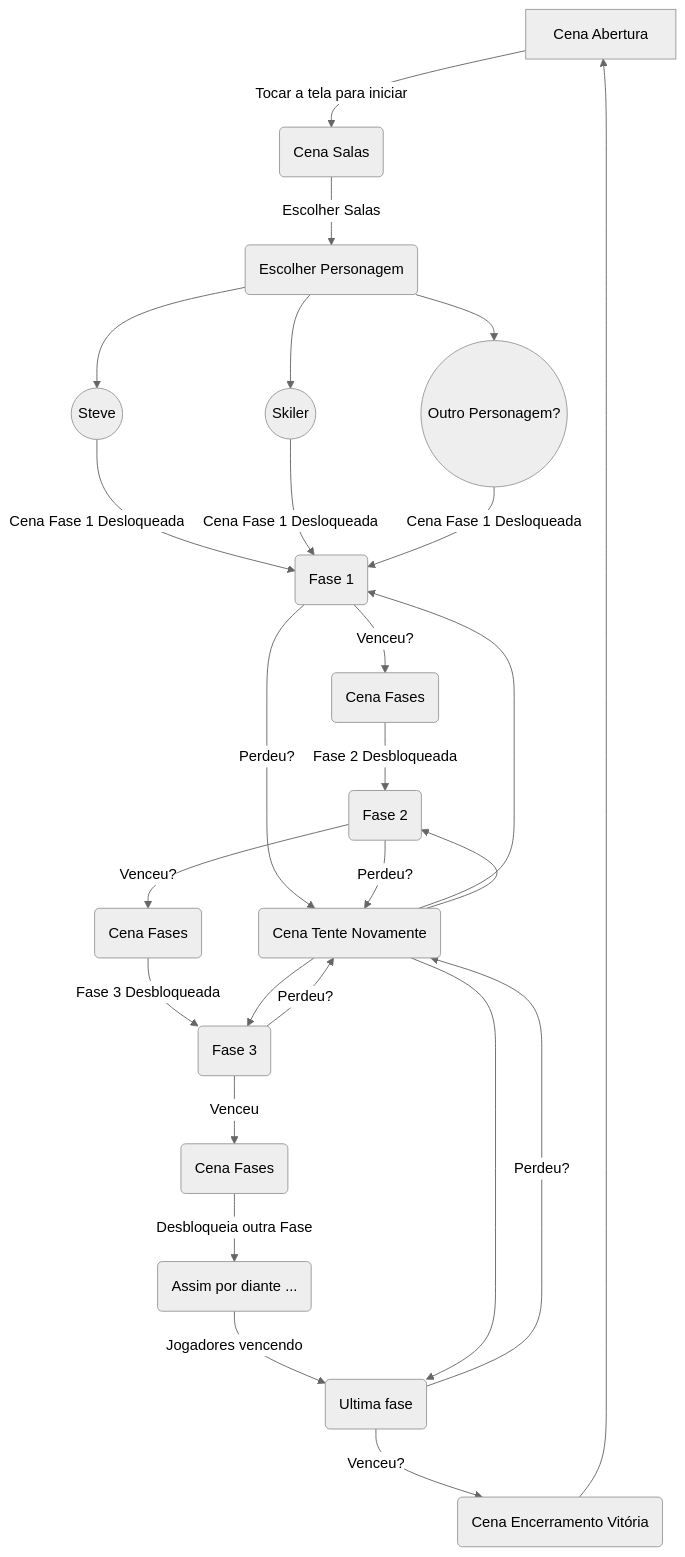
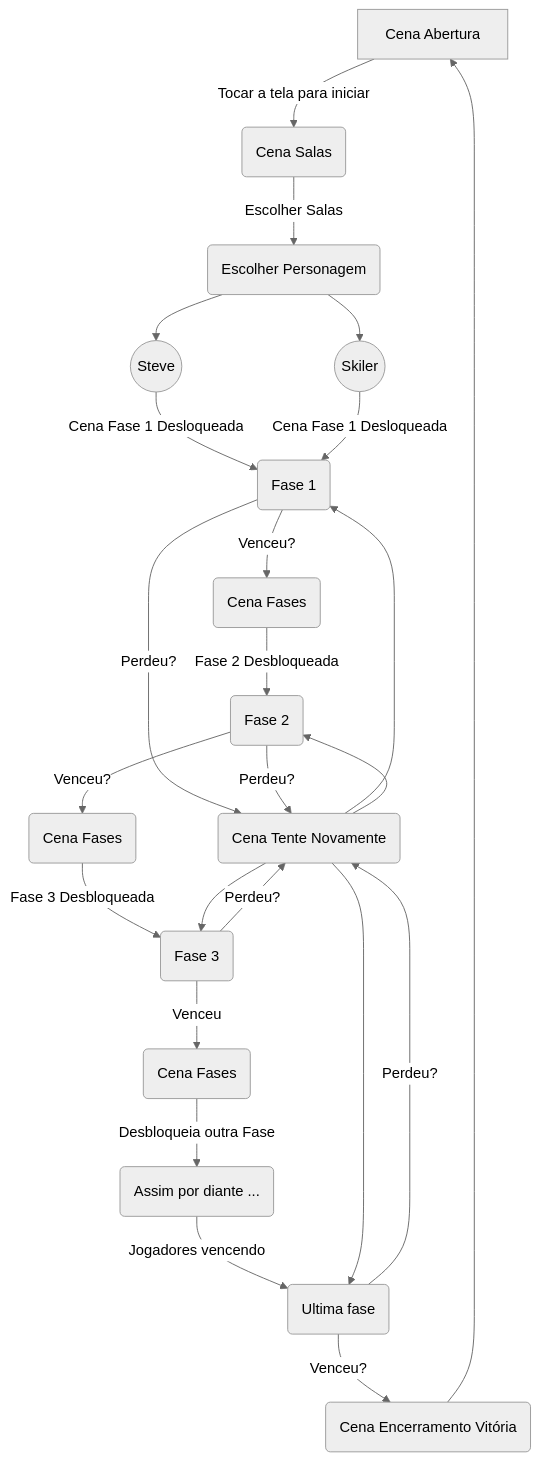
The diagram in README.md (Hoff-Games/FutHoff), drawn with Mermaid (neutral theme) before and after one commit. The commit also changed other lines of this file, not shown here.

````diff
--- a/README.md
+++ b/README.md
@@ -94,21 +94,19 @@
 ```mermaid
 flowchart
     A[Cena Abertura] --> |Tocar a tela para iniciar| F(Cena Salas) 
     F --> |Escolher Salas| B(Escolher Personagem) 
     B --> C((Steve))
     B --> D((Skiler))
-    B --> E((Outro Personagem?))
     C --> |Cena Fase 1 Desloqueada| N(Fase 1)
     D --> |Cena Fase 1 Desloqueada| N(Fase 1)
-    E --> |Cena Fase 1 Desloqueada| N(Fase 1)
     N --> |Venceu?| Q(Cena Fases) --> |Fase 2 Desbloqueada| O(Fase 2)
     N --> |Perdeu?| P(Cena tente novamente) --> N(Fase 1)
     O --> |Perdeu?| P(Cena tente novamente) --> O(Fase 2)
     O --> |Venceu?| R(Cena Fases) --> |Fase 3 Desbloqueada| S(Fase 3)
     S --> |Venceu| W(Cena Fases) --> |Desbloqueia outra Fase| T(Assim por diante ...)
     S --> |Perdeu?| P(Cena tente novamente) --> S
     T --> |Jogadores vencendo| U(Ultima Fase)
     U --> |Venceu?| V(Cena Encerramento Vitória)
     U --> |Perdeu?| P(Cena Tente Novamente) --> U(Ultima fase)
     V --> A[Cena Abertura]
 ```
````
